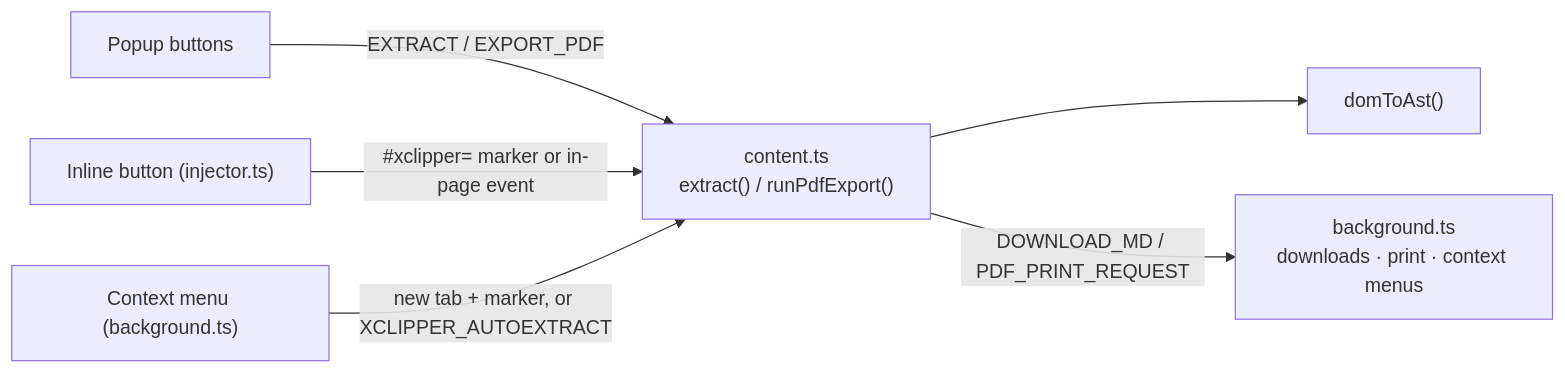
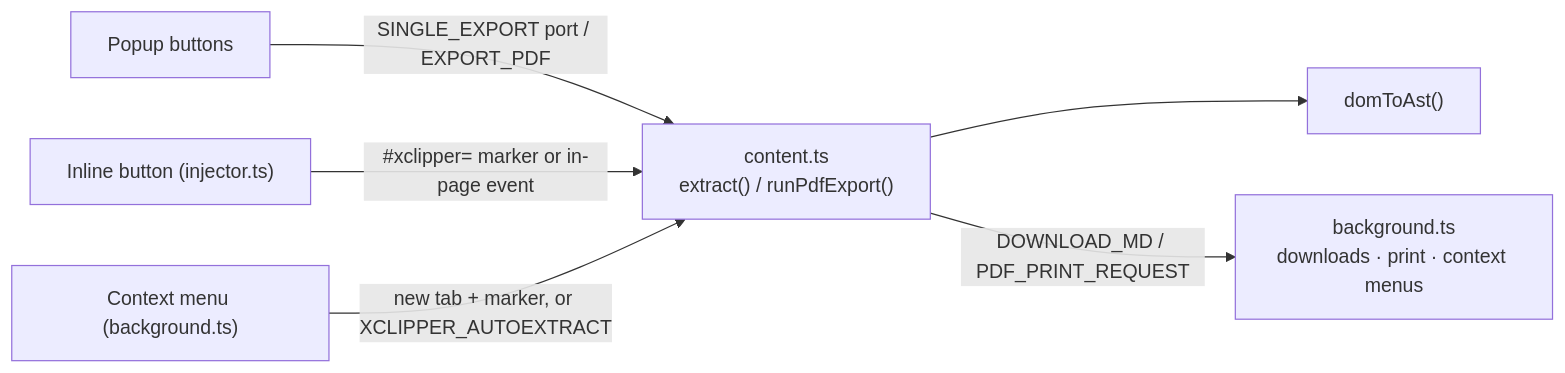
The fifth of 6 diagrams in docs/architecture.md (zendegani/XClipper), drawn with Mermaid before and after one commit. The commit also changed other lines of this file, not shown here.

First line of the commit message:
docs(architecture): describe the popup export port

````diff
--- a/docs/architecture.md
+++ b/docs/architecture.md
@@ -144,8 +144,8 @@
 ```mermaid
 flowchart LR
-  Popup["Popup buttons"] -->|EXTRACT / EXPORT_PDF| Content["content.ts<br/>extract() / runPdfExport()"]
+  Popup["Popup buttons"] -->|"SINGLE_EXPORT port / EXPORT_PDF"| Content["content.ts<br/>extract() / runPdfExport()"]
   Inline["Inline button (injector.ts)"] -->|"#xclipper= marker or in-page event"| Content
   Ctx["Context menu (background.ts)"] -->|"new tab + marker, or XCLIPPER_AUTOEXTRACT"| Content
   Content --> domToAst["domToAst()"]
   Content -->|DOWNLOAD_MD / PDF_PRINT_REQUEST| BG["background.ts<br/>downloads · print · context menus"]
 ```
````
